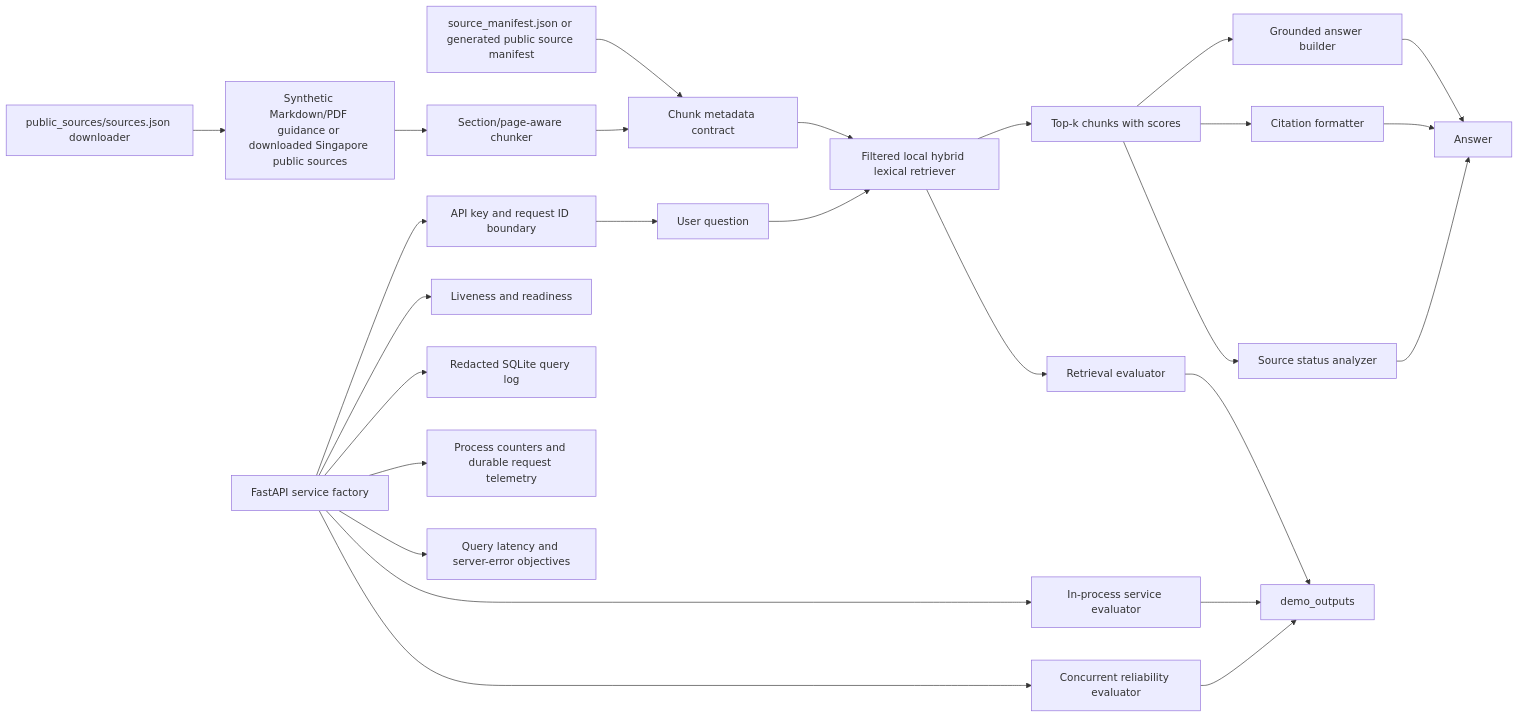
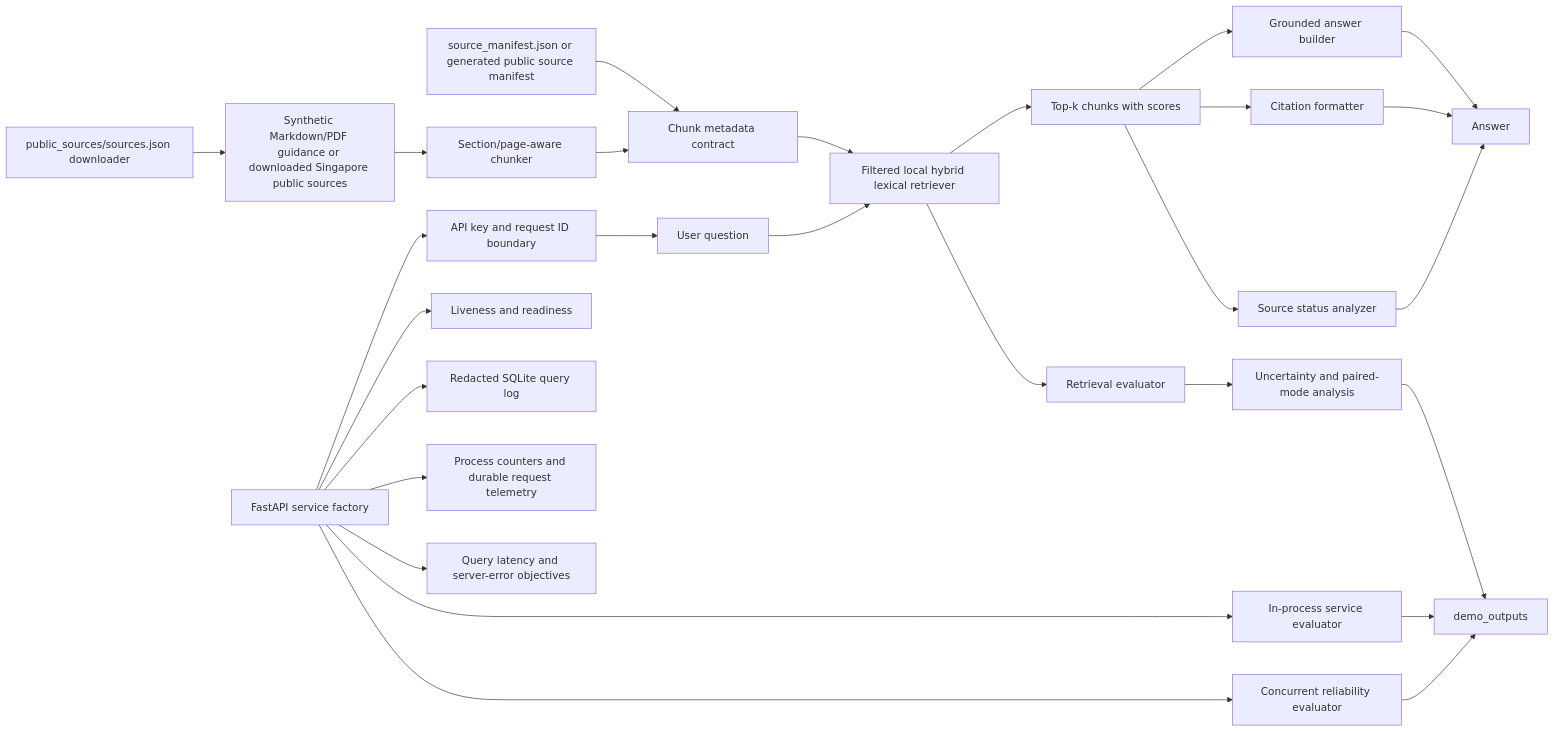
One commit to josiahsutd-stack/ai-portfolio changed the diagram in projects/aec-code-compliance-rag/ARCHITECTURE.md. Above: the diagram before and after it, drawn with Mermaid. The commit also changed other lines of this file and 28 other files, not shown here.

````diff
--- a/projects/aec-code-compliance-rag/ARCHITECTURE.md
+++ b/projects/aec-code-compliance-rag/ARCHITECTURE.md
@@ -7,28 +7,29 @@
 ```mermaid
 flowchart LR
   A["Synthetic Markdown/PDF guidance or downloaded Singapore public sources"] --> B["Section/page-aware chunker"]
   S["public_sources/sources.json downloader"] --> A
   M["source_manifest.json or generated public source manifest"] --> C["Chunk metadata contract"]
   B --> C["Chunk metadata contract"]
   C --> D["Filtered local hybrid lexical retriever"]
   Q["User question"] --> D
   D --> E["Top-k chunks with scores"]
   E --> F["Grounded answer builder"]
   E --> G["Citation formatter"]
   E --> K["Source status analyzer"]
   F --> H["Answer"]
   G --> H
   K --> H
   API["FastAPI service factory"] --> AUTH["API key and request ID boundary"]
   AUTH --> Q
   API --> LIVE["Liveness and readiness"]
   API --> LOG["Redacted SQLite query log"]
   API --> MET["Process counters and durable request telemetry"]
   API --> OBJ["Query latency and server-error objectives"]
   D --> I["Retrieval evaluator"]
-  I --> J["demo_outputs"]
+  I --> U["Uncertainty and paired-mode analysis"]
+  U --> J["demo_outputs"]
   API --> SI["In-process service evaluator"]
   SI --> J
   API --> RI["Concurrent reliability evaluator"]
   RI --> J
 ```
````
